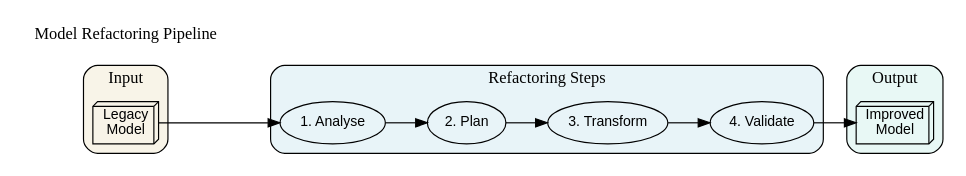
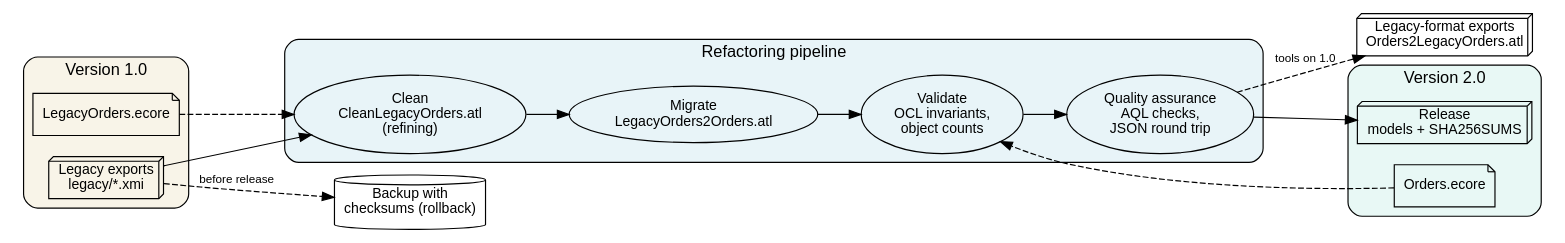
Before and after one commit to mipalgu/swift-modelling: the diagram in Sources/SwiftModelling/SwiftModelling.docc/Resources/model-refactoring-pipeline.dot, drawn with Graphviz. The commit also changed 89 other files, not shown here.

```diff
--- a/Sources/SwiftModelling/SwiftModelling.docc/Resources/model-refactoring-pipeline.dot
+++ b/Sources/SwiftModelling/SwiftModelling.docc/Resources/model-refactoring-pipeline.dot
@@ -1,35 +1,43 @@
 digraph ModelRefactoringPipeline {
     bgcolor="white"
+    fontname="Arial"
     rankdir=LR
     node [shape=box, style=rounded, fontname="Arial", fontsize=12]
     edge [fontname="Arial", fontsize=10]
-    
+
     subgraph cluster_input {
-        label="Input"
+        label="Version 1.0"
         style=rounded
         bgcolor="#f8f4e8"
-        legacy [label="Legacy\nModel" shape=box3d]
+        legacy [label="Legacy exports\nlegacy/*.xmi" shape=box3d]
+        legacyMM [label="LegacyOrders.ecore" shape=note]
     }
-    
-    subgraph cluster_refactor {
-        label="Refactoring Steps"
+
+    subgraph cluster_pipeline {
+        label="Refactoring pipeline"
         style=rounded
         bgcolor="#e8f4f8"
-        
-        analyse [label="1. Analyse" shape=ellipse]
-        plan [label="2. Plan" shape=ellipse]
-        transform [label="3. Transform" shape=ellipse]
-        validate [label="4. Validate" shape=ellipse]
+
+        clean [label="Clean\nCleanLegacyOrders.atl\n(refining)" shape=ellipse]
+        migrate [label="Migrate\nLegacyOrders2Orders.atl" shape=ellipse]
+        validate [label="Validate\nOCL invariants,\nobject counts" shape=ellipse]
+        qa [label="Quality assurance\nAQL checks,\nJSON round trip" shape=ellipse]
     }
-    
+
     subgraph cluster_output {
-        label="Output"
+        label="Version 2.0"
         style=rounded
         bgcolor="#e8f8f5"
-        improved [label="Improved\nModel" shape=box3d]
+        improvedMM [label="Orders.ecore" shape=note]
+        release [label="Release\nmodels + SHA256SUMS" shape=box3d]
     }
-    
-    legacy -> analyse -> plan -> transform -> validate -> improved
-    
-    legendTitle [label="Model Refactoring Pipeline" shape=plaintext fontname="Arial Bold" fontsize=14]
+
+    backup [label="Backup with\nchecksums (rollback)" shape=cylinder]
+    compat [label="Legacy-format exports\nOrders2LegacyOrders.atl" shape=box3d]
+
+    legacy -> clean -> migrate -> validate -> qa -> release
+    legacyMM -> clean [style=dashed]
+    improvedMM -> validate [style=dashed]
+    legacy -> backup [style=dashed label="before release"]
+    qa -> compat [style=dashed label="tools on 1.0"]
 }
```
